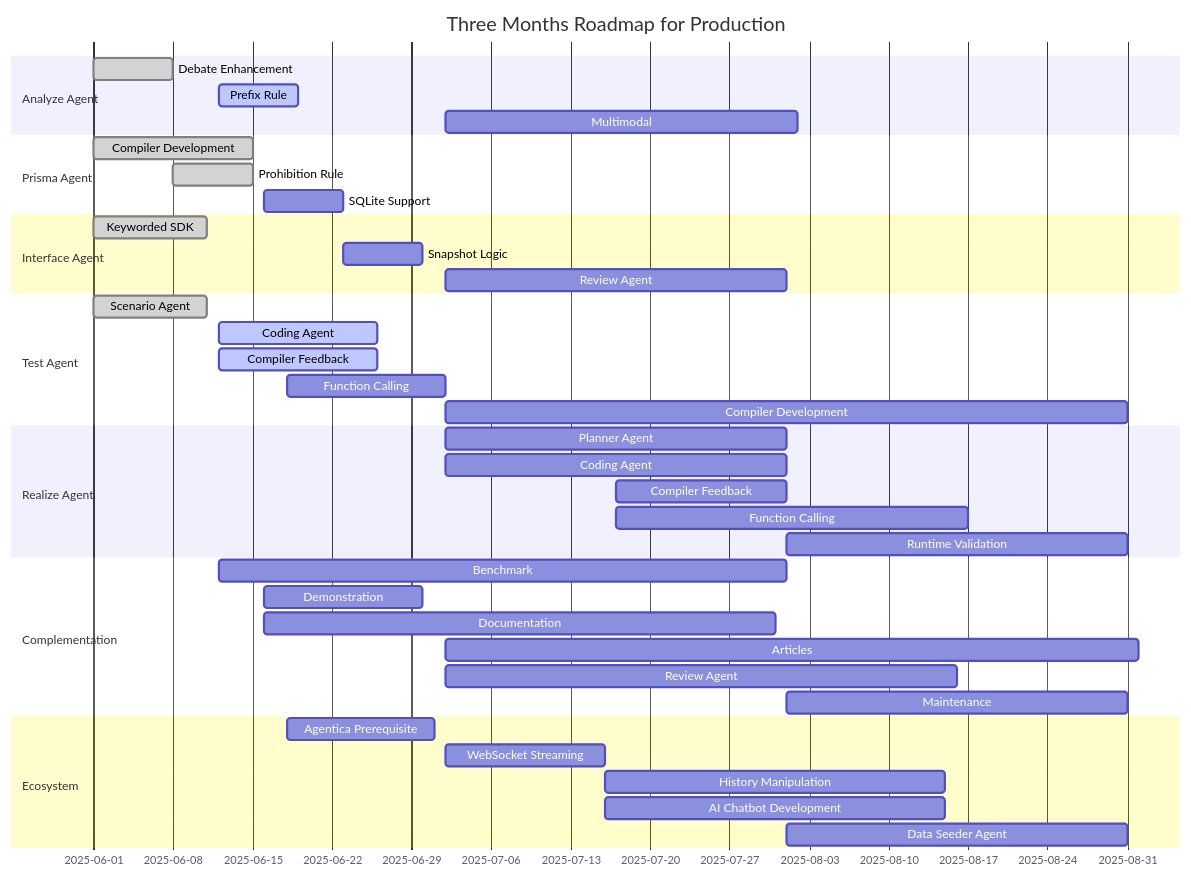
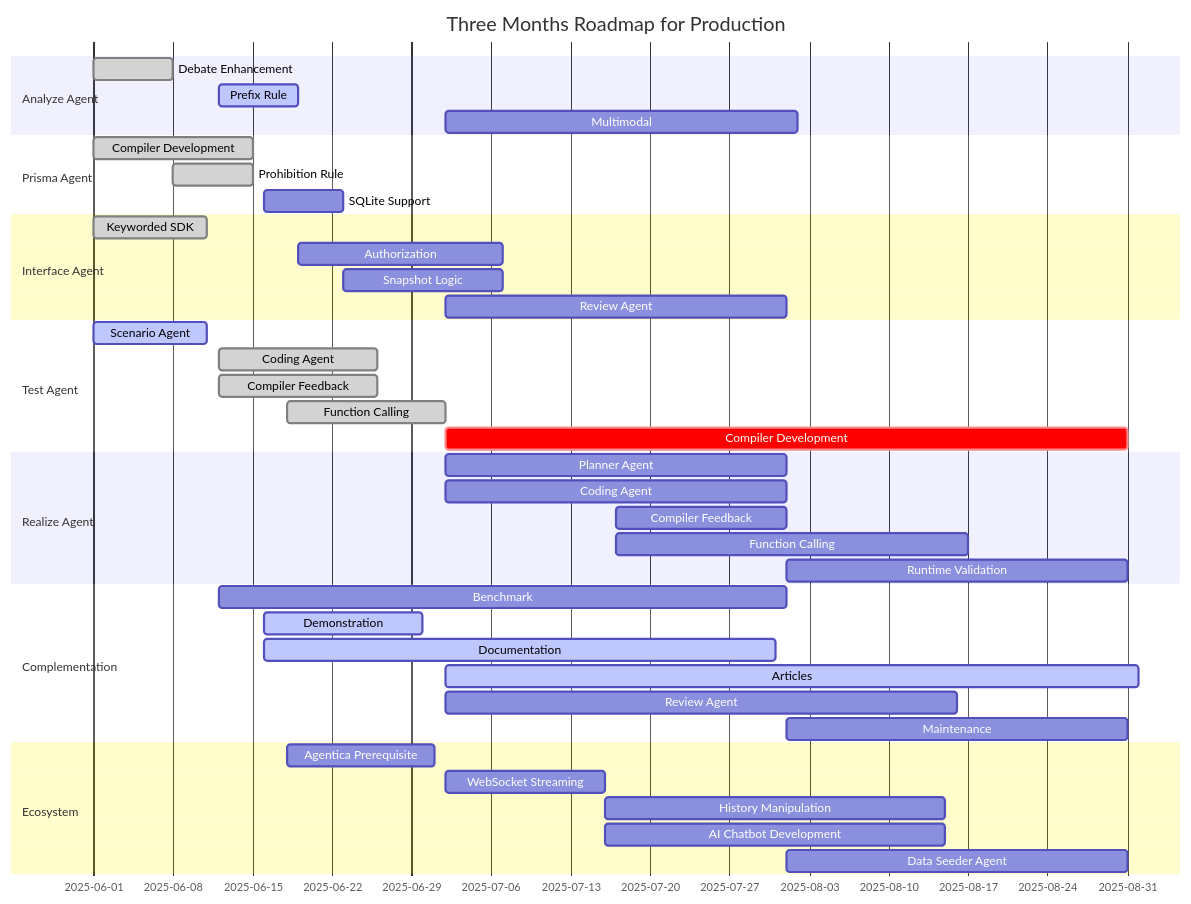
One commit to RavenView-ai/autobe changed the diagram in website/template/AutoBeRoadmapPreface.mdx. Above: the diagram before and after it, drawn with Mermaid. The commit also changed 2 other files, not shown here.

Commit message:
feat(website): new authorization plan to roadmap (#124)
* feat(website): new authorization plan to roadmap

* Completed function calling

````diff
--- a/website/template/AutoBeRoadmapPreface.mdx
+++ b/website/template/AutoBeRoadmapPreface.mdx
@@ -1,49 +1,50 @@
 ```mermaid
 gantt
   dateFormat YYYY-MM-DD
   title Three Months Roadmap for Production
 
   section Analyze Agent
   Debate Enhancement: done,    2025-06-01,  7d
   Prefix Rule:          active,  2025-06-12,  7d
   Multimodal:           planned, 2025-07-02, 31d
 
   section Prisma Agent
   Compiler Development: done,    2025-06-01, 14d
   Prohibition Rule:     done,    2025-06-08,  7d
   SQLite Support:       planned, 2025-06-16,  7d
 
   section Interface Agent
   Keyworded SDK:  done,    2025-06-01, 10d
-  Snapshot Logic: planned, 2025-06-23, 7d
+  Authorization:  planned, 2025-06-19, 18d
+  Snapshot Logic: planned, 2025-06-23, 14d
   Review Agent:   planned, 2025-07-02, 30d
 
   section Test Agent
-  Scenario Agent:       done,    2025-06-01, 10d        
-  Coding Agent:         active,  2025-06-12, 14d
-  Compiler Feedback:    active,  2025-06-12, 14d
-  Function Calling:     planned, 2025-06-18, 14d
-  Compiler Development: planned, 2025-07-02, 60d
+  Scenario Agent:       active, 2025-06-01, 10d        
+  Coding Agent:         done,   2025-06-12, 14d
+  Compiler Feedback:    done,   2025-06-12, 14d
+  Function Calling:     done,   2025-06-18, 14d
+  Compiler Development: crit,   2025-07-02, 60d
 
   section Realize Agent
   Planner Agent:      planned, 2025-07-02, 30d
   Coding Agent:       planned, 2025-07-02, 30d
   Compiler Feedback:  planned, 2025-07-17, 15d
   Function Calling:   planned, 2025-07-17, 31d
   Runtime Validation: planned, 2025-08-01, 30d
 
   section Complementation
   Benchmark:     planned, 2025-06-12, 50d
-  Demonstration: planned, 2025-06-16, 14d
-  Documentation: planned, 2025-06-16, 45d
-  Articles:      planned, 2025-07-02, 61d
+  Demonstration: active,  2025-06-16, 14d
+  Documentation: active,  2025-06-16, 45d
+  Articles:      active,  2025-07-02, 61d
   Review Agent:  planned, 2025-07-02, 45d
   Maintenance:   planned, 2025-08-01, 30d
 
   section Ecosystem
   Agentica Prerequisite:  planned, 2025-06-18, 13d
   WebSocket Streaming:    planned, 2025-07-02, 14d
   History Manipulation:   planned, 2025-07-16, 30d
   AI Chatbot Development: planned, 2025-07-16, 30d
   Data Seeder Agent:      planned, 2025-08-01, 30d
 ```
````
